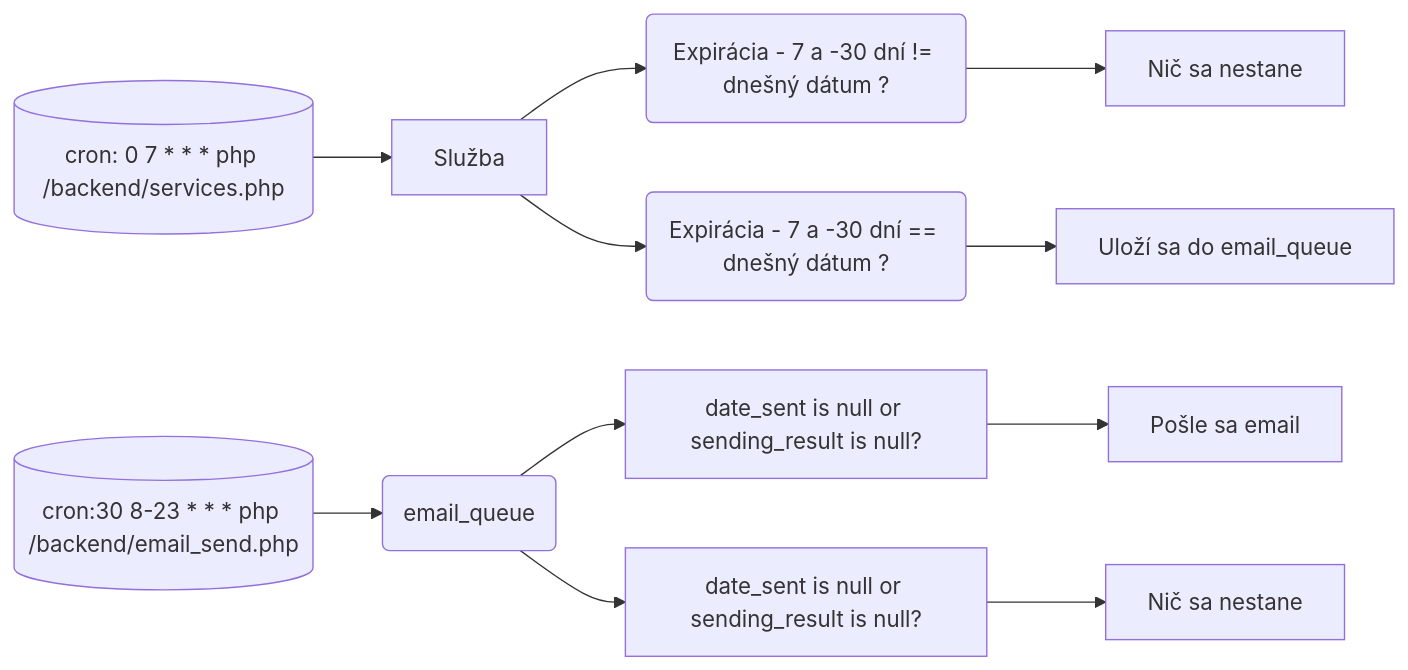
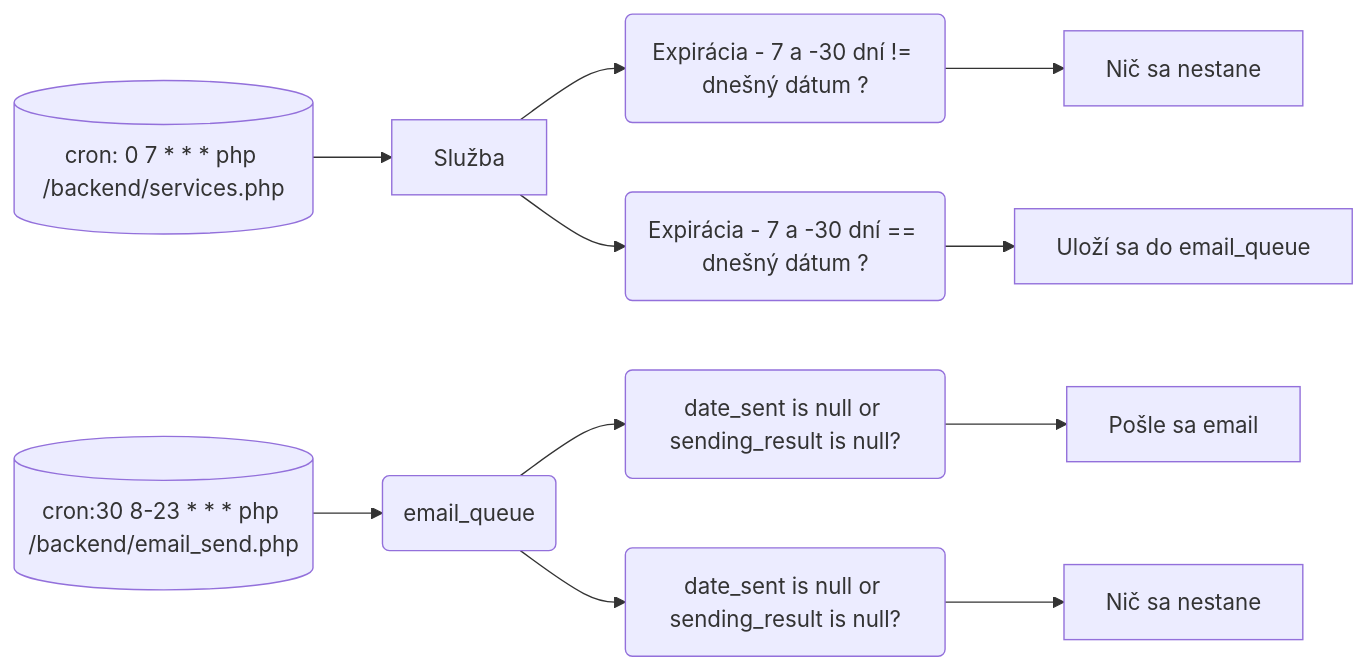
The diagram in readme.md (tomigar/EmailNotifications), drawn with Mermaid before and after one commit.

````diff
--- a/readme.md
+++ b/readme.md
@@ -3,11 +3,11 @@
 ```mermaid
 graph LR
 X[(cron: 0 7 * * * php /backend/services.php)] -->
 A[Služba] --> B(Expirácia - 7 a -30 dní != dnešný dátum ?)
 B --> C[Nič sa nestane]
 A --> D(Expirácia - 7 a -30 dní == dnešný dátum ?)
 D --> E[Uloží sa do email_queue]
 
-F[(cron:30 8-23 * * * php /backend/email_send.php)]-->G(email_queue)-->H[date_sent is null or sending_result is null?]-->I[Pošle sa email]
-G-->J[date_sent is null or sending_result is null?]-->K[Nič sa nestane]
+F[(cron:30 8-23 * * * php /backend/email_send.php)]-->G(email_queue)-->H(date_sent is null or sending_result is null?)-->I[Pošle sa email]
+G-->J(date_sent is null or sending_result is null?)-->K[Nič sa nestane]
 ```
````
